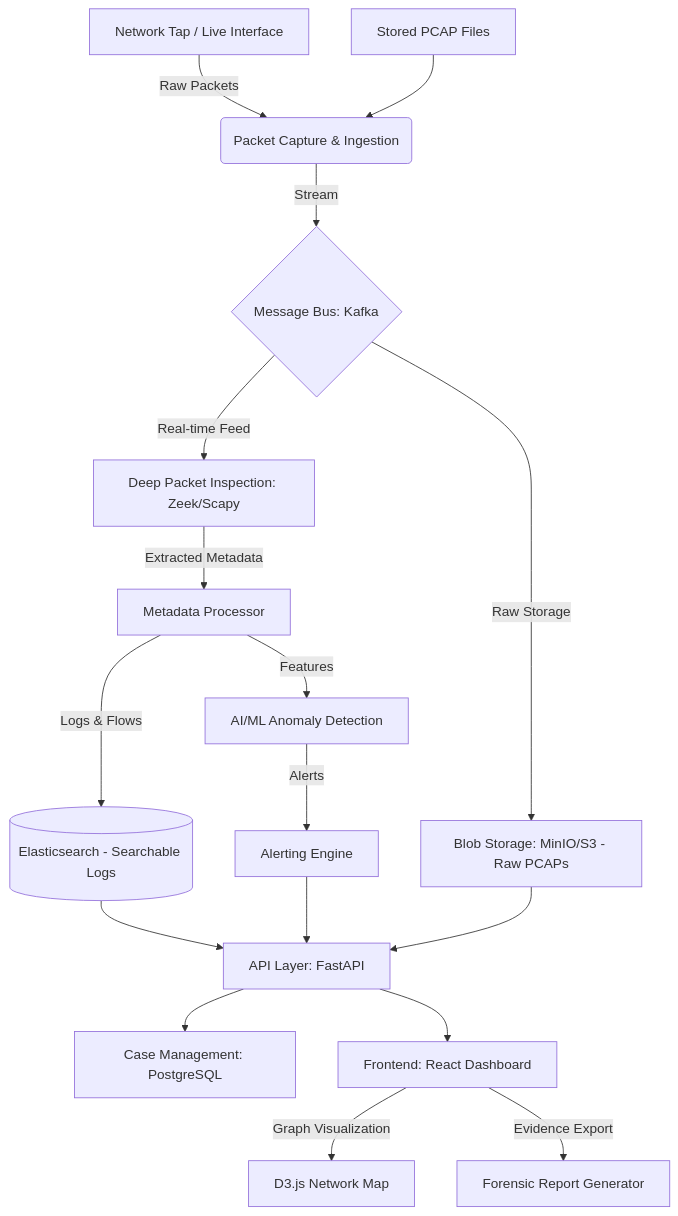
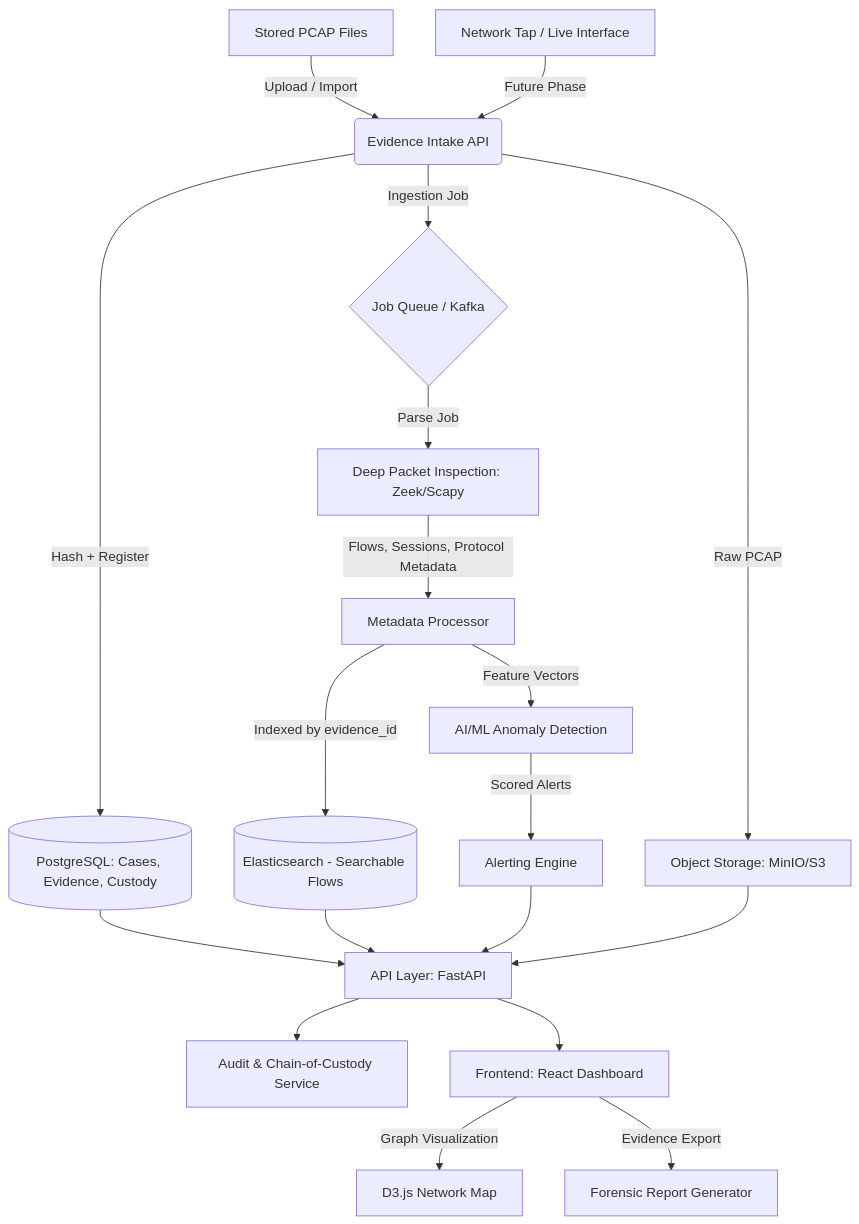
One commit to drumilbhati/NetPack changed the diagram in SOLUTION_ARCHITECTURE.md. Above: the diagram before and after it, drawn with Mermaid. The commit also changed other lines of this file and 8 other files, not shown here.

Commit message:
Add evidence-first architecture and infrastructure

````diff
--- a/SOLUTION_ARCHITECTURE.md
+++ b/SOLUTION_ARCHITECTURE.md
@@ -7,24 +7,25 @@
 ```mermaid
 graph TD
-    A[Network Tap / Live Interface] -->|Raw Packets| B(Packet Capture & Ingestion)
-    A1[Stored PCAP Files] --> B
+    A[Stored PCAP Files] -->|Upload / Import| B(Evidence Intake API)
+    A1[Network Tap / Live Interface] -->|Future Phase| B
     
-    B -->|Stream| C{Message Bus: Kafka}
+    B -->|Hash + Register| C[(PostgreSQL: Cases, Evidence, Custody)]
+    B -->|Raw PCAP| E[Object Storage: MinIO/S3]
+    B -->|Ingestion Job| Q{Job Queue / Kafka}
     
-    C -->|Real-time Feed| D[Deep Packet Inspection: Zeek/Scapy]
-    C -->|Raw Storage| E[Blob Storage: MinIO/S3 - Raw PCAPs]
+    Q -->|Parse Job| D[Deep Packet Inspection: Zeek/Scapy]
     
-    D -->|Extracted Metadata| F[Metadata Processor]
-    F -->|Logs & Flows| G[(Elasticsearch - Searchable Logs)]
-    F -->|Features| H[AI/ML Anomaly Detection]
+    D -->|Flows, Sessions, Protocol Metadata| F[Metadata Processor]
+    F -->|Indexed by evidence_id| G[(Elasticsearch - Searchable Flows)]
+    F -->|Feature Vectors| H[AI/ML Anomaly Detection]
     
-    H -->|Alerts| I[Alerting Engine]
+    H -->|Scored Alerts| I[Alerting Engine]
     
-    G & I & E --> J[API Layer: FastAPI]
+    C & G & I & E --> J[API Layer: FastAPI]
     
-    J --> K[Case Management: PostgreSQL]
+    J --> K[Audit & Chain-of-Custody Service]
     
     J --> L[Frontend: React Dashboard]
     L -->|Graph Visualization| M[D3.js Network Map]
     L -->|Evidence Export| N[Forensic Report Generator]
 ```
````
